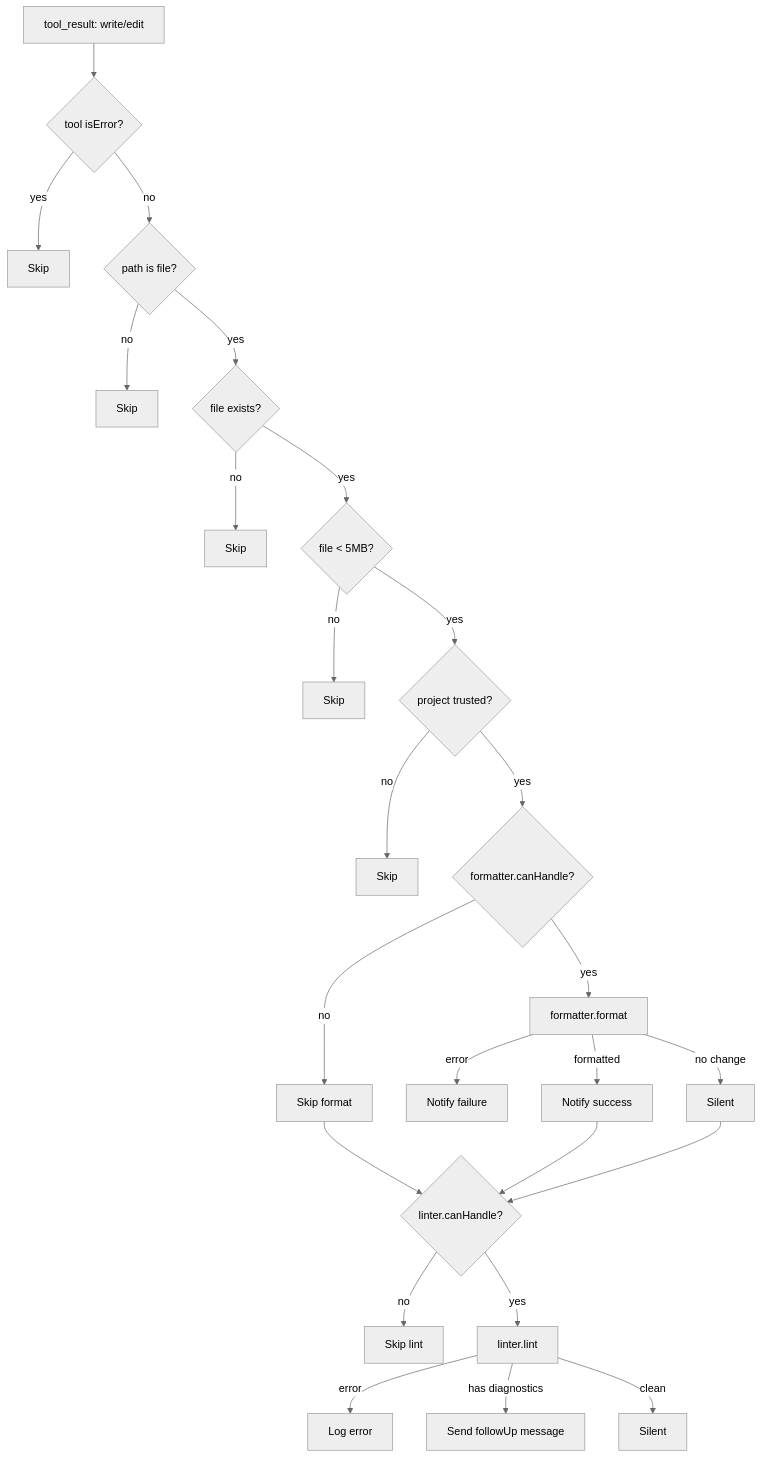
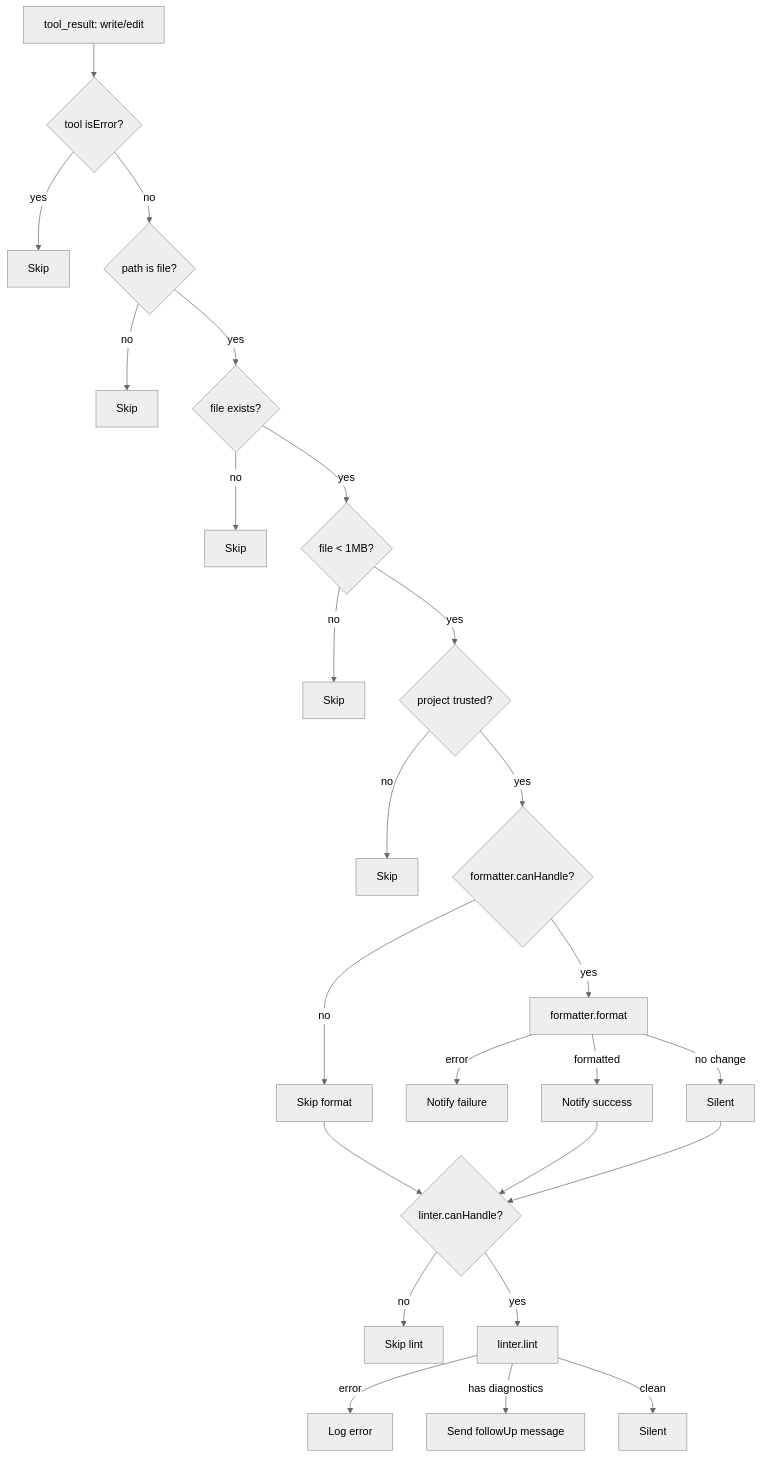
One commit to SchneiderDaniel/cheasee-pi changed the diagram in .pi/extensions/format-on-save/README.md. Above: the diagram before and after it, drawn with Mermaid (neutral theme). The commit also changed other lines of this file and 2 other files, not shown here.

````diff
--- a/.pi/extensions/format-on-save/README.md
+++ b/.pi/extensions/format-on-save/README.md
@@ -76,27 +76,27 @@
 ```mermaid
 flowchart TD
     A[tool_result: write/edit] --> B{tool isError?}
     B -- yes --> C[Skip]
     B -- no --> D{path is file?}
     D -- no --> E[Skip]
     D -- yes --> F{file exists?}
     F -- no --> G[Skip]
-    F -- yes --> H{file < 5MB?}
+    F -- yes --> H{file < 1MB?}
     H -- no --> I[Skip]
     H -- yes --> J{project trusted?}
     J -- no --> K[Skip]
     J -- yes --> L{formatter.canHandle?}
     L -- no --> M[Skip format]
     L -- yes --> N[formatter.format]
     N -- error --> O[Notify failure]
     N -- formatted --> P[Notify success]
     N -- no change --> Q[Silent]
     P --> R{linter.canHandle?}
     M --> R
     Q --> R
     R -- no --> S[Skip lint]
     R -- yes --> T[linter.lint]
     T -- error --> U[Log error]
     T -- has diagnostics --> V[Send followUp message]
     T -- clean --> W[Silent]
 ```
````
